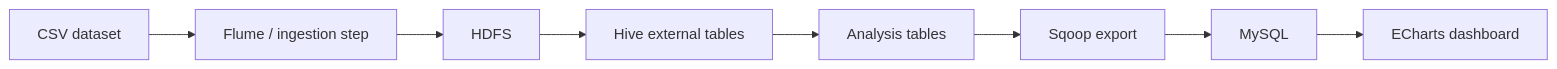
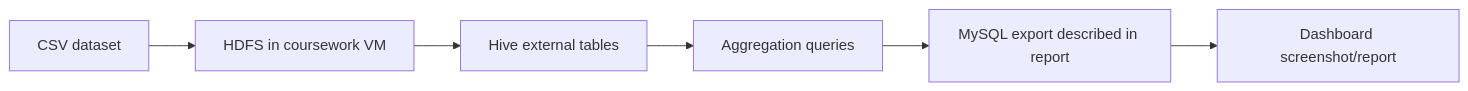
Before and after one commit to playa01/big-data-pipeline: the diagram in README.md, drawn with Mermaid. The commit also changed other lines of this file and 1 other file, not shown here.

````diff
--- a/README.md
+++ b/README.md
@@ -32,10 +29,8 @@
 ```mermaid
 flowchart LR
-    A["CSV dataset"] --> B["Flume / ingestion step"]
-    B --> C["HDFS"]
-    C --> D["Hive external tables"]
-    D --> E["Analysis tables"]
-    E --> F["Sqoop export"]
-    F --> G["MySQL"]
-    G --> H["ECharts dashboard"]
+    A["CSV dataset"] --> B["HDFS in coursework VM"]
+    B --> C["Hive external tables"]
+    C --> D["Aggregation queries"]
+    D --> E["MySQL export described in report"]
+    E --> F["Dashboard screenshot/report"]
 ```
````
